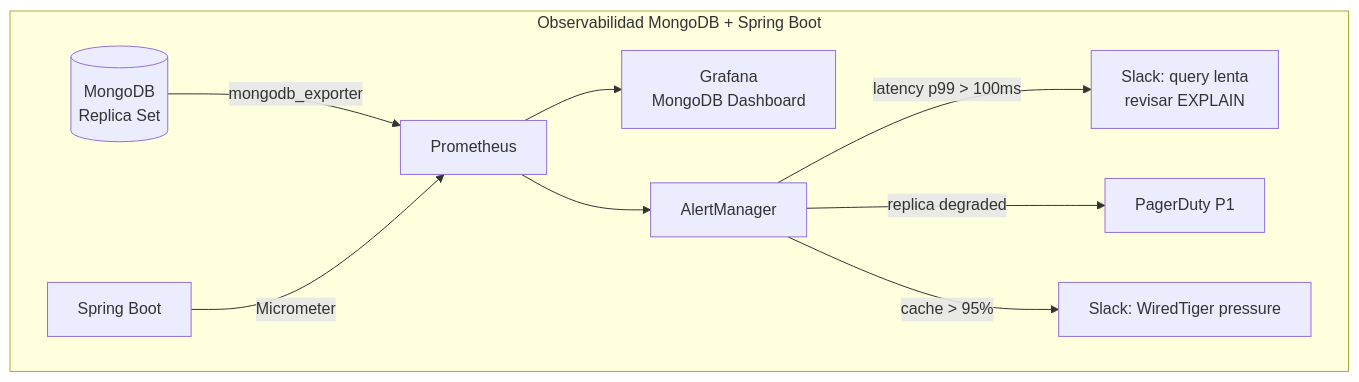
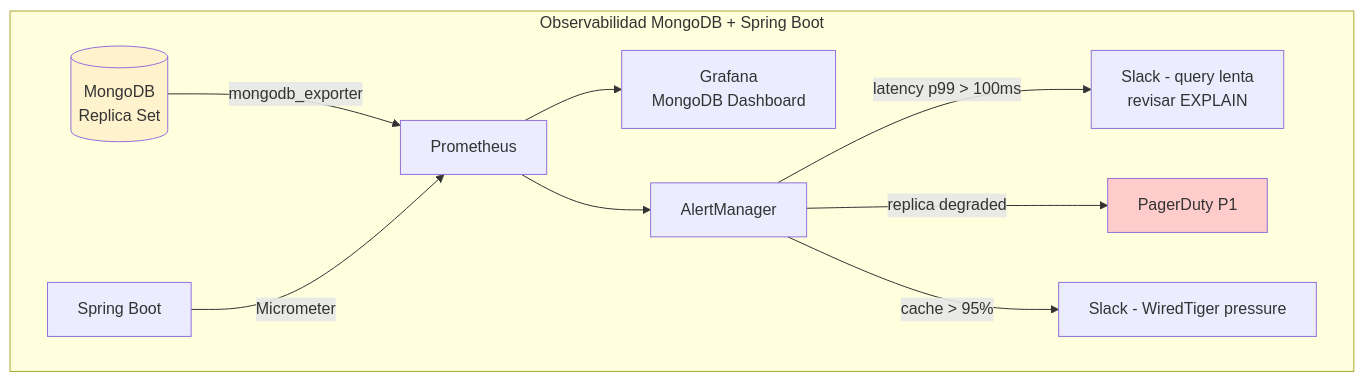
One commit to Joaquinriosheredia/DAM-Java-Mastery changed the fourth of 5 diagrams in 04_Bases_de_Datos/mongodb_con_java_21_modelado_de_documentos_y_agregaciones_avanzadas_STAFF.md. Above: the diagram before and after it, drawn with Mermaid. The commit also changed other lines of this file, not shown here.

````diff
--- a/04_Bases_de_Datos/mongodb_con_java_21_modelado_de_documentos_y_agregaciones_avanzadas_STAFF.md
+++ b/04_Bases_de_Datos/mongodb_con_java_21_modelado_de_documentos_y_agregaciones_avanzadas_STAFF.md
@@ -484,12 +580,15 @@
 ```mermaid
 graph TD
     subgraph "Observabilidad MongoDB + Spring Boot"
         MONGO2[(MongoDB\nReplica Set)] -->|mongodb_exporter| PROM[Prometheus]
         APP2[Spring Boot] -->|Micrometer| PROM
         PROM --> GRAF[Grafana\nMongoDB Dashboard]
         PROM --> AM[AlertManager]
-        AM -->|latency p99 > 100ms| SLACK[Slack: query lenta\nrevisar EXPLAIN]
+        AM -->|latency p99 > 100ms| SLACK[Slack - query lenta\nrevisar EXPLAIN]
         AM -->|replica degraded| P1[PagerDuty P1]
-        AM -->|cache > 95%| WARN[Slack: WiredTiger pressure]
+        AM -->|cache > 95%| WARN[Slack - WiredTiger pressure]
     end
+    
+    style MONGO2 fill:#fff3cd
+    style P1 fill:#ffcccc
 ```
````
